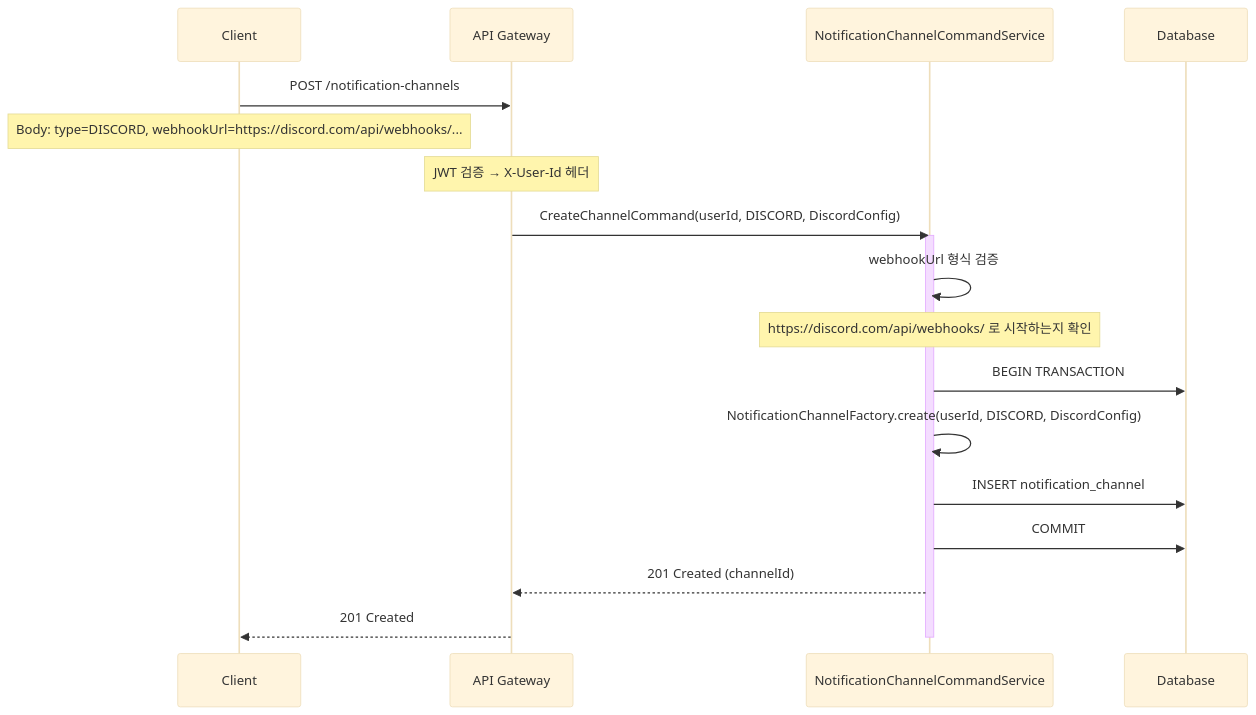
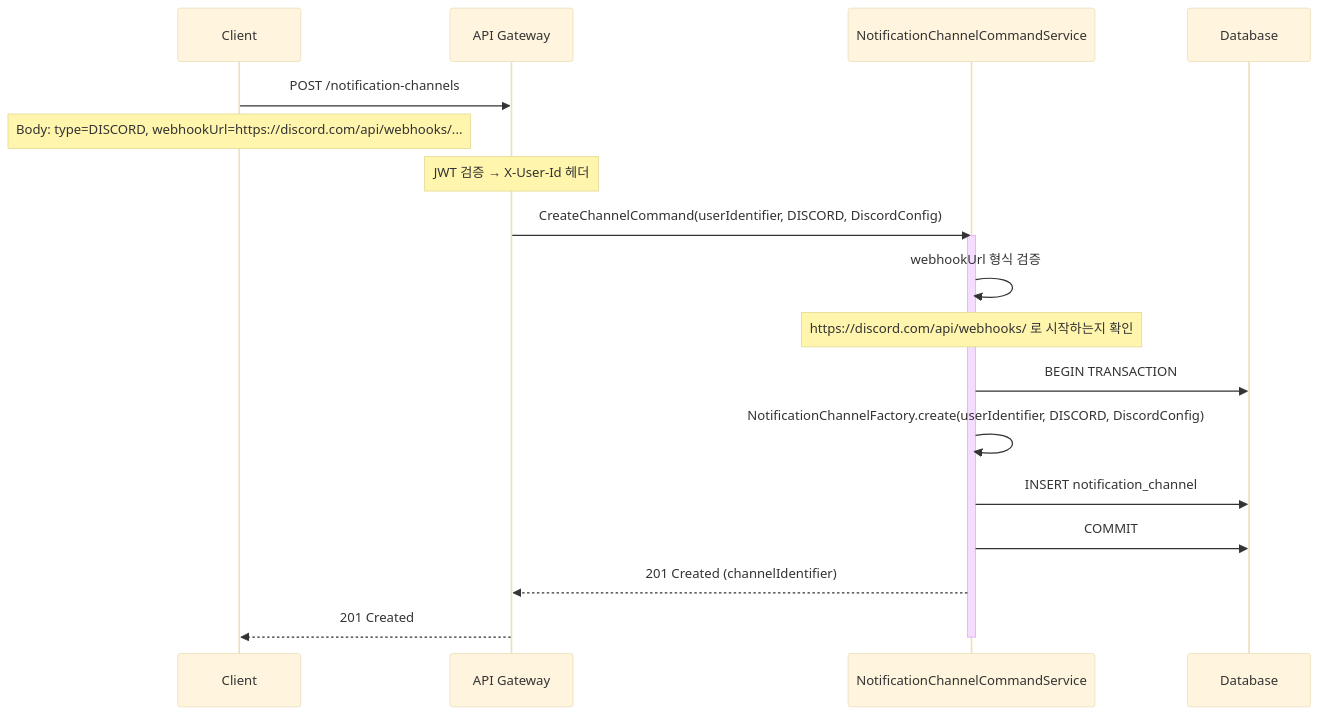
One commit to Trade-Pilot/.github changed the fifth of 9 diagrams in backend/notification/sequence-diagram.md. Above: the diagram before and after it, drawn with Mermaid (base theme). The commit also changed other lines of this file and 17 other files, not shown here.

````diff
--- a/backend/notification/sequence-diagram.md
+++ b/backend/notification/sequence-diagram.md
@@ -152,26 +152,26 @@
 ```mermaid
 sequenceDiagram
     participant Client
     participant GW as API Gateway
     participant NS as NotificationChannelCommandService
     participant DB as Database
 
     Client->>GW: POST /notification-channels
     Note over Client: Body: type=DISCORD, webhookUrl=https://discord.com/api/webhooks/...
     Note over GW: JWT 검증 → X-User-Id 헤더
 
-    GW->>NS: CreateChannelCommand(userId, DISCORD, DiscordConfig)
+    GW->>NS: CreateChannelCommand(userIdentifier, DISCORD, DiscordConfig)
 
     activate NS
     NS->>NS: webhookUrl 형식 검증
     Note over NS: https://discord.com/api/webhooks/ 로 시작하는지 확인
 
     NS->>DB: BEGIN TRANSACTION
-    NS->>NS: NotificationChannelFactory.create(userId, DISCORD, DiscordConfig)
+    NS->>NS: NotificationChannelFactory.create(userIdentifier, DISCORD, DiscordConfig)
     NS->>DB: INSERT notification_channel
     NS->>DB: COMMIT
 
-    NS-->>GW: 201 Created (channelId)
+    NS-->>GW: 201 Created (channelIdentifier)
     GW-->>Client: 201 Created
     deactivate NS
 ```
````
